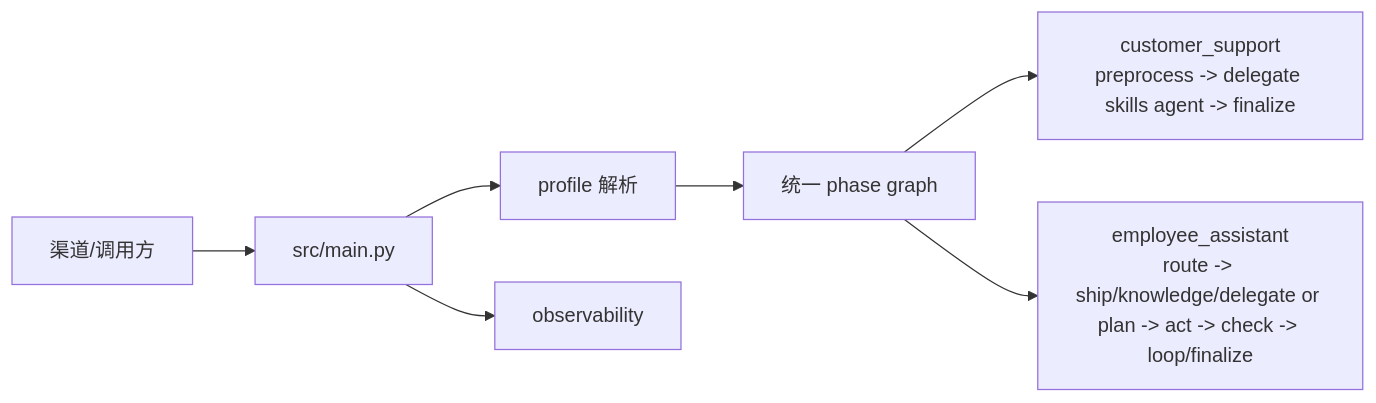
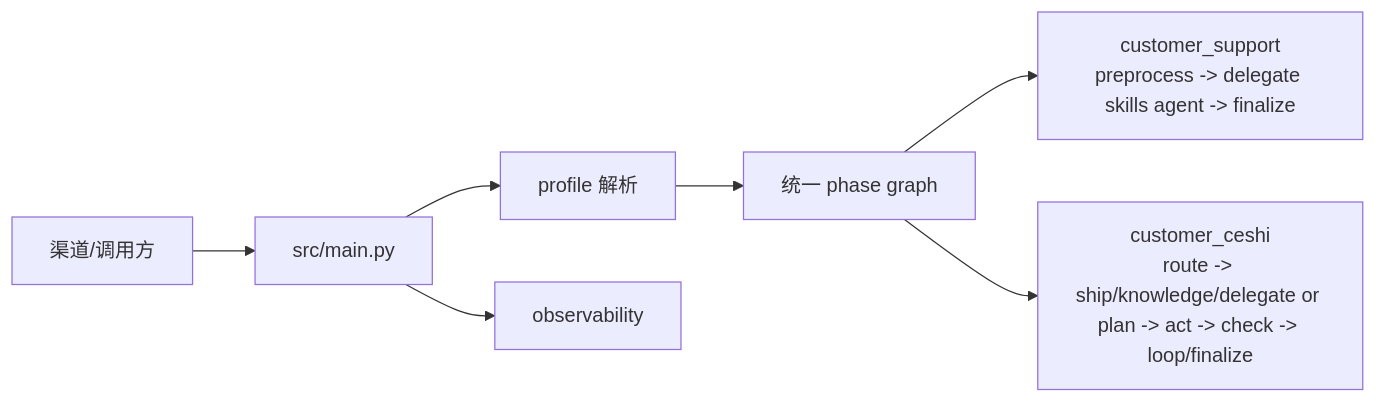
The diagram in docs/README.md (lr12338/hifleet-agent), drawn with Mermaid before and after one commit. The commit also changed other lines of this file and 32 other files, not shown here.

````diff
--- a/docs/README.md
+++ b/docs/README.md
@@ -34,9 +35,9 @@
 ```mermaid
 flowchart LR
     Client[渠道/调用方] --> API[src/main.py]
     API --> Profile[profile 解析]
     Profile --> Graph[统一 phase graph]
     Graph --> CS[customer_support<br/>preprocess -> delegate skills agent -> finalize]
-    Graph --> Employee[employee_assistant<br/>route -> ship/knowledge/delegate or plan -> act -> check -> loop/finalize]
+    Graph --> Ceshi[customer_ceshi<br/>route -> ship/knowledge/delegate or plan -> act -> check -> loop/finalize]
     API --> Obs[observability]
 ```
````
